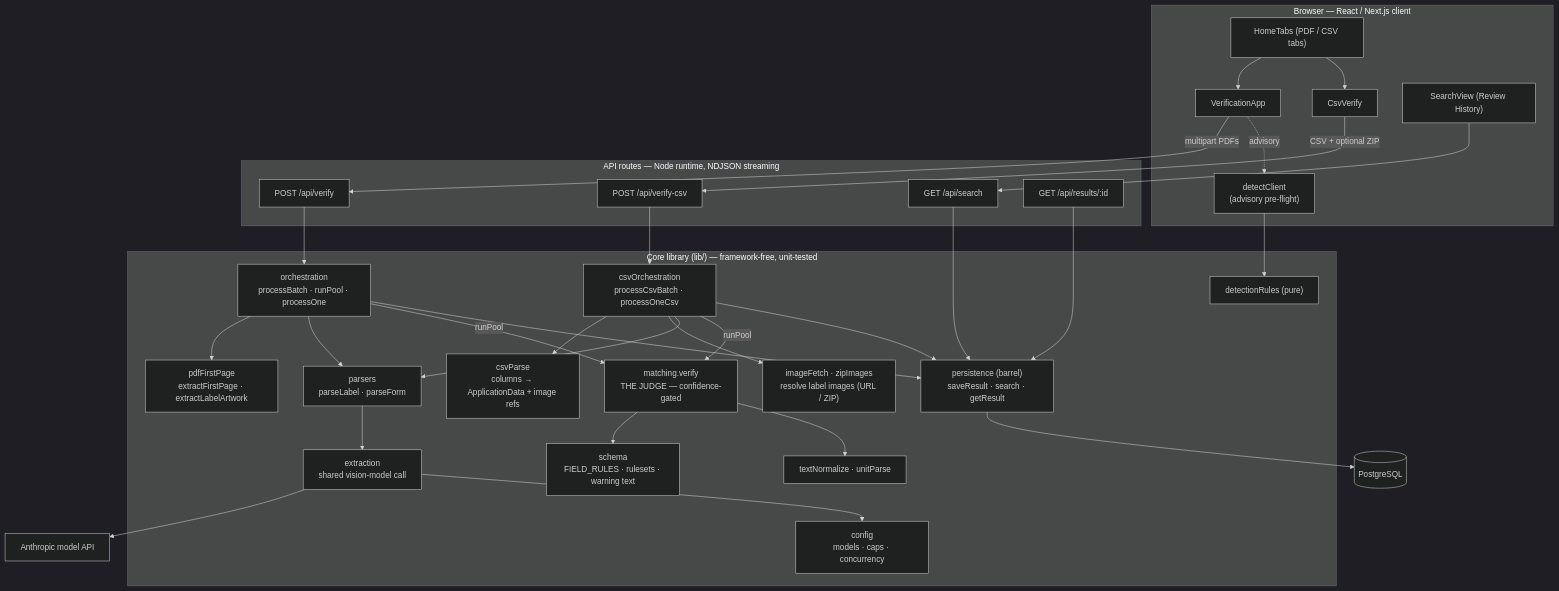
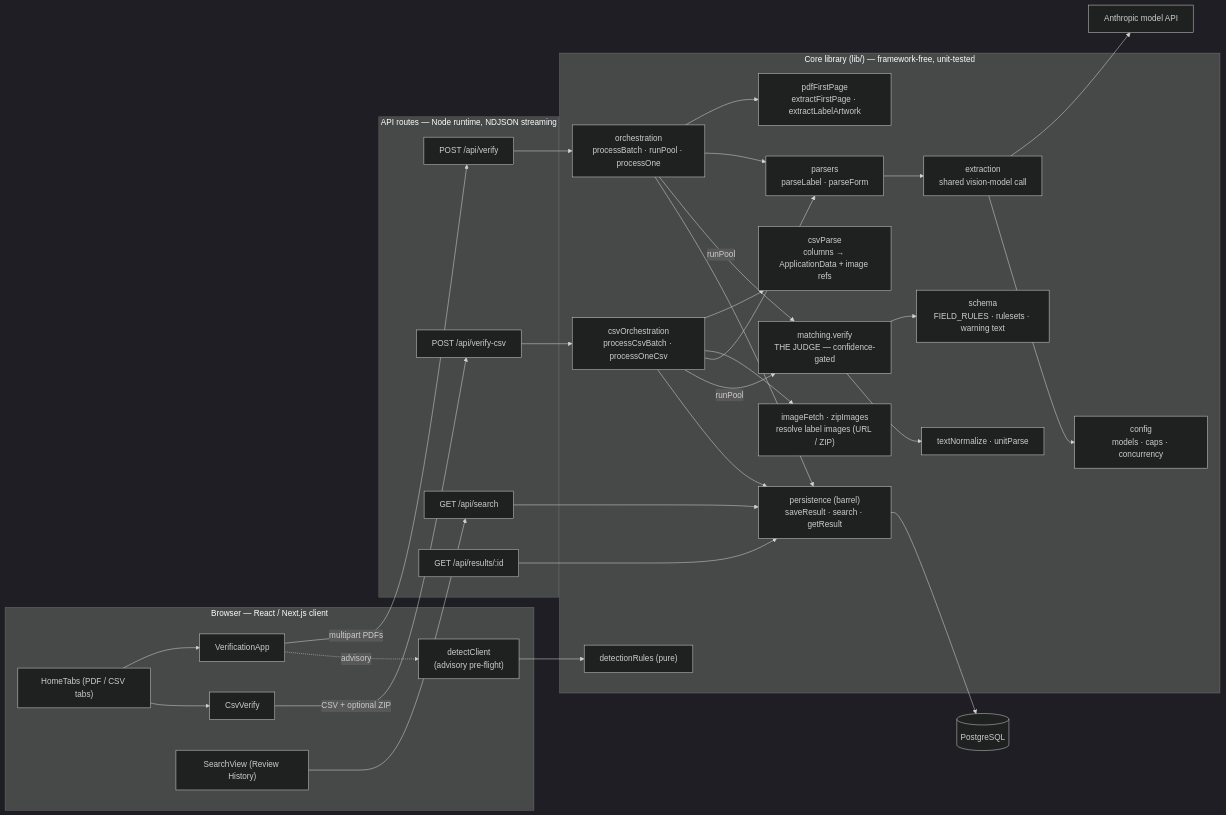
Before and after one commit to morganfry/ttb_labels: the second of 3 diagrams in docs/architecture.md, drawn with Mermaid (dark theme).

Commit message:
diagram formatting

````diff
--- a/docs/architecture.md
+++ b/docs/architecture.md
@@ -61,60 +61,61 @@
 ```mermaid
-flowchart TB
+%%{init: {'flowchart': {'rankSpacing': 50, 'nodeSpacing': 60}}}%%
+flowchart LR
     subgraph browser["Browser — React / Next.js client"]
         tabs["HomeTabs (PDF / CSV tabs)"]
         pdfui["VerificationApp"]
         csvui["CsvVerify"]
         search["SearchView (Review History)"]
         detect["detectClient<br/>(advisory pre-flight)"]
     end
 
     subgraph api["API routes — Node runtime, NDJSON streaming"]
         rverify["POST /api/verify"]
         rcsv["POST /api/verify-csv"]
         rsearch["GET /api/search"]
         rresult["GET /api/results/:id"]
     end
 
     subgraph core["Core library (lib/) — framework-free, unit-tested"]
         orch["orchestration<br/>processBatch · runPool · processOne"]
         csvorch["csvOrchestration<br/>processCsvBatch · processOneCsv"]
         slice["pdfFirstPage<br/>extractFirstPage · extractLabelArtwork"]
         csvparse["csvParse<br/>columns → ApplicationData + image refs"]
         imgs["imageFetch · zipImages<br/>resolve label images (URL / ZIP)"]
         parsers["parsers<br/>parseLabel · parseForm"]
         extraction["extraction<br/>shared vision-model call"]
         matching["matching.verify<br/>THE JUDGE — confidence-gated"]
         helpers["textNormalize · unitParse"]
         schema["schema<br/>FIELD_RULES · rulesets · warning text"]
         config["config<br/>models · caps · concurrency"]
         persistence["persistence (barrel)<br/>saveResult · search · getResult"]
         detrules["detectionRules (pure)"]
     end
 
     db[("PostgreSQL")]
     model["Anthropic model API"]
 
     tabs --> pdfui & csvui
     pdfui -->|"multipart PDFs"| rverify
     csvui -->|"CSV + optional ZIP"| rcsv
     search --> rsearch
     pdfui -. advisory .-> detect
     detect --> detrules
 
     rverify --> orch
     rcsv --> csvorch
     rsearch --> persistence
     rresult --> persistence
 
     orch --> slice & parsers
     csvorch --> csvparse & imgs & parsers
     orch -->|"runPool"| matching
     csvorch -->|"runPool"| matching
     orch --> persistence
     csvorch --> persistence
 
     parsers --> extraction --> model
     extraction --> config
     matching --> schema & helpers
     persistence --> db
 ```
````
